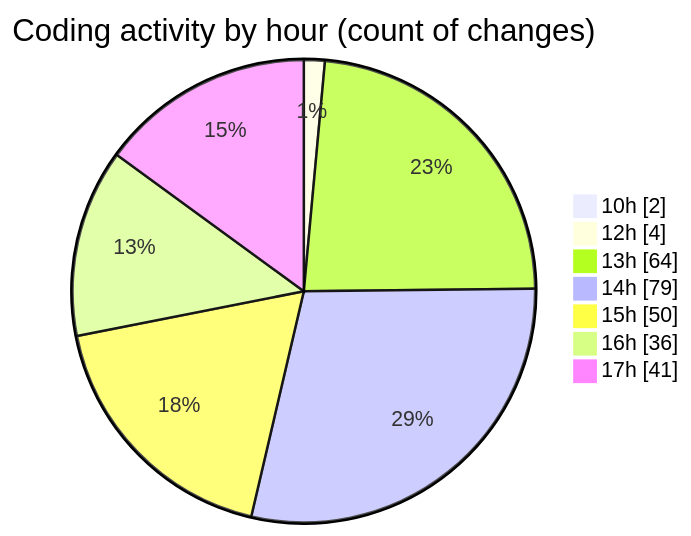
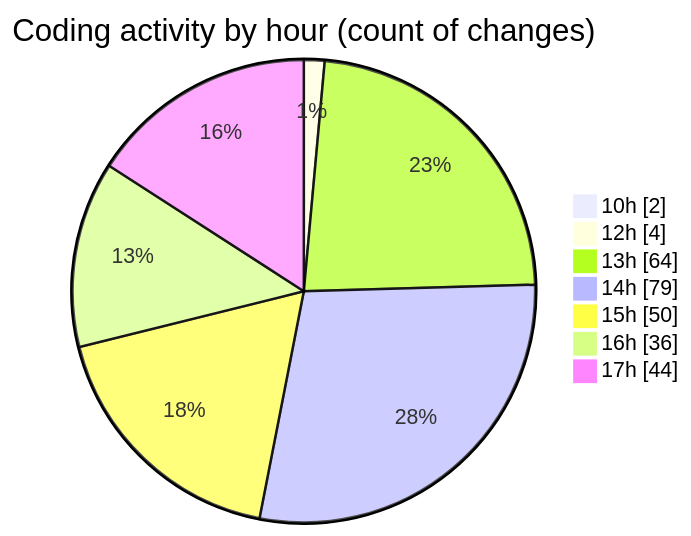
One commit to momahboobian/code-tracking changed the second of 2 diagrams in 2026-04-30/cda/README.md. Above: the diagram before and after it, drawn with Mermaid. The commit also changed other lines of this file and 1 other file, not shown here.

````diff
--- a/2026-04-30/cda/README.md
+++ b/2026-04-30/cda/README.md
@@ -81,11 +81,11 @@
 ```mermaid
 pie showData
 title Coding activity by hour (count of changes)
 "10h" : 2
 "12h" : 4
 "13h" : 64
 "14h" : 79
 "15h" : 50
 "16h" : 36
-"17h" : 41
+"17h" : 44
 ```
````
